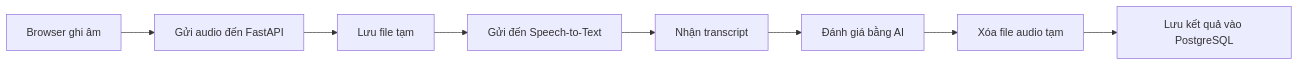
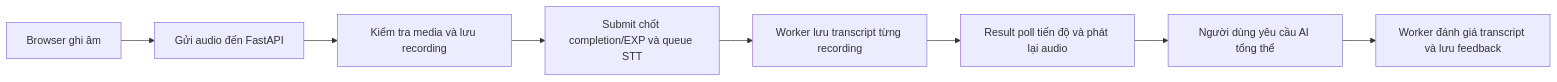
One commit to mrthinh307/kaiwa-up changed the sixth of 7 diagrams in docs/04-architecture.md. Above: the diagram before and after it, drawn with Mermaid. The commit also changed other lines of this file and 4 other files, not shown here.

````diff
--- a/docs/04-architecture.md
+++ b/docs/04-architecture.md
@@ -776,16 +778,11 @@
 ```mermaid
 flowchart LR
     A[Browser ghi âm] --> B[Gửi audio đến FastAPI]
 
-    B --> C[Lưu file tạm]
-
-    C --> D[Gửi đến Speech-to-Text]
-
-    D --> E[Nhận transcript]
-
-    E --> F[Đánh giá bằng AI]
-
-    F --> G[Xóa file audio tạm]
-
-    G --> H[Lưu kết quả vào PostgreSQL]
+    B --> C[Kiểm tra media và lưu recording]
+    C --> D[Submit chốt completion/EXP và queue STT]
+    D --> E[Worker lưu transcript từng recording]
+    E --> F[Result poll tiến độ và phát lại audio]
+    F --> G[Người dùng yêu cầu AI tổng thể]
+    G --> H[Worker đánh giá transcript và lưu feedback]
 ```
````
